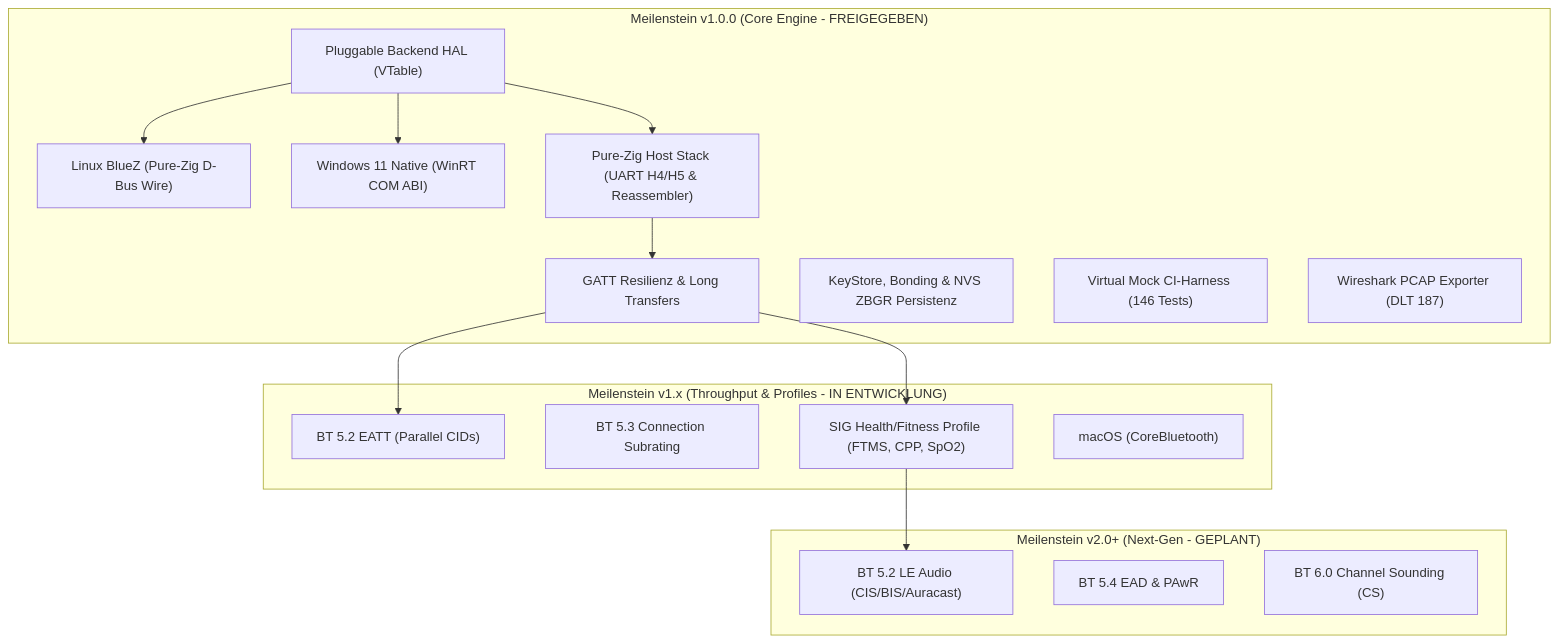
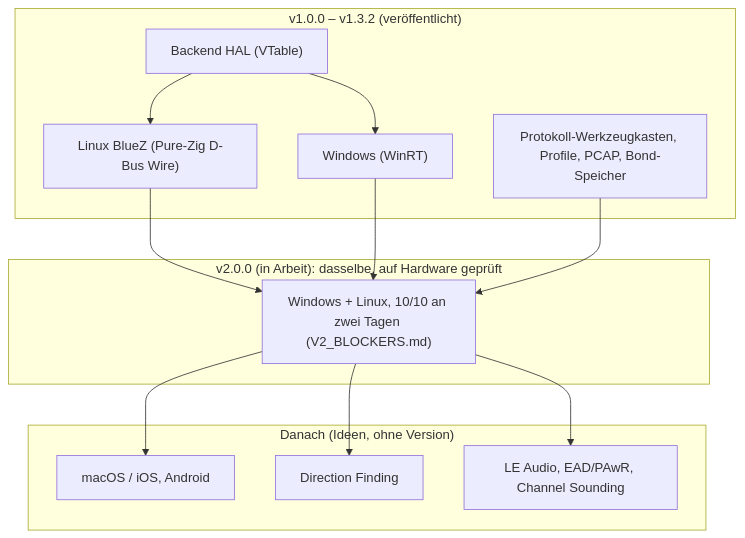
One commit to AritoUser/Zig-BLE changed the first of 10 diagrams in docs/BLE_ROADMAP_AND_EXTENSIONS.md. Above: the diagram before and after it, drawn with Mermaid. The commit also changed other lines of this file and 6 other files, not shown here.

First line of the commit message:
docs: remove device names, align the roadmap with V2_BLOCKERS

````diff
--- a/docs/BLE_ROADMAP_AND_EXTENSIONS.md
+++ b/docs/BLE_ROADMAP_AND_EXTENSIONS.md
@@ -57,34 +58,28 @@
 ```mermaid
 graph TD
-    subgraph "Meilenstein v1.0.0 (Core Engine - FREIGEGEBEN)"
-        HAL["Pluggable Backend HAL (VTable)"]
+    subgraph "v1.0.0 – v1.3.2 (veröffentlicht)"
+        HAL["Backend HAL (VTable)"]
         Linux["Linux BlueZ (Pure-Zig D-Bus Wire)"]
-        Win["Windows 11 Native (WinRT COM ABI)"]
-        H4["Pure-Zig Host Stack (UART H4/H5 & Reassembler)"]
-        GattCore["GATT Resilienz & Long Transfers"]
-        Bond["KeyStore, Bonding & NVS ZBGR Persistenz"]
-        Mock["Virtual Mock CI-Harness (146 Tests)"]
-        PCAP["Wireshark PCAP Exporter (DLT 187)"]
+        Win["Windows (WinRT)"]
+        Toolkit["Protokoll-Werkzeugkasten, Profile, PCAP, Bond-Speicher"]
     end
 
-    subgraph "Meilenstein v1.x (Throughput & Profiles - IN ENTWICKLUNG)"
-        EATT["BT 5.2 EATT (Parallel CIDs)"]
-        Subrate["BT 5.3 Connection Subrating"]
-        Profiles["SIG Health/Fitness Profile (FTMS, CPP, SpO2)"]
-        Mac["macOS (CoreBluetooth)"]
+    subgraph "v2.0.0 (in Arbeit): dasselbe, auf Hardware geprüft"
+        HW["Windows + Linux, 10/10 an zwei Tagen (V2_BLOCKERS.md)"]
     end
 
-    subgraph "Meilenstein v2.0+ (Next-Gen - GEPLANT)"
-        Audio["BT 5.2 LE Audio (CIS/BIS/Auracast)"]
-        EAD["BT 5.4 EAD & PAwR"]
-        CS["BT 6.0 Channel Sounding (CS)"]
+    subgraph "Danach (Ideen, ohne Version)"
+        Mac["macOS / iOS, Android"]
+        DF["Direction Finding"]
+        Audio["LE Audio, EAD/PAwR, Channel Sounding"]
     end
 
     HAL --> Linux
     HAL --> Win
-    HAL --> H4
-    H4 --> GattCore
-    GattCore --> EATT
-    GattCore --> Profiles
-    Profiles --> Audio
+    Linux --> HW
+    Win --> HW
+    Toolkit --> HW
+    HW --> Mac
+    HW --> DF
+    HW --> Audio
 ```
````
